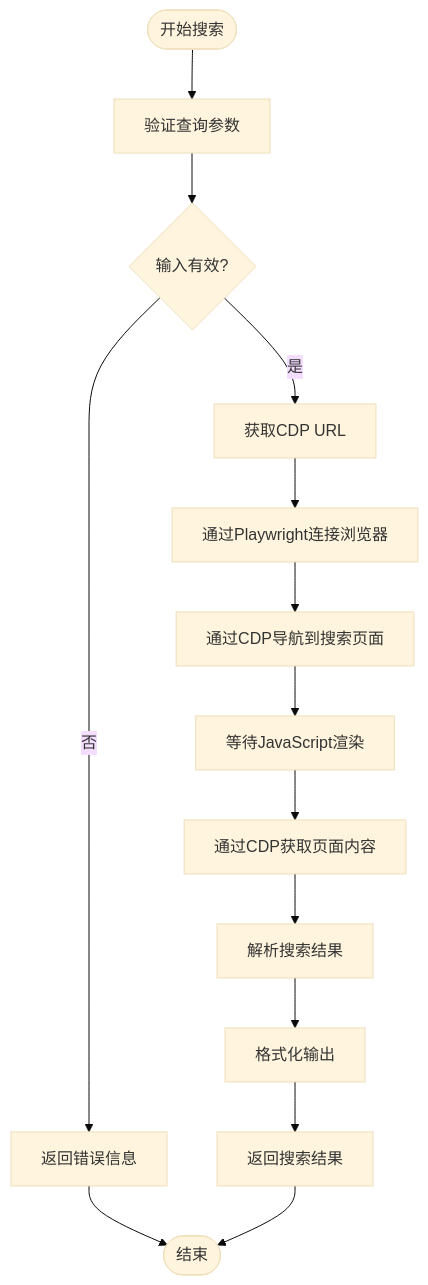
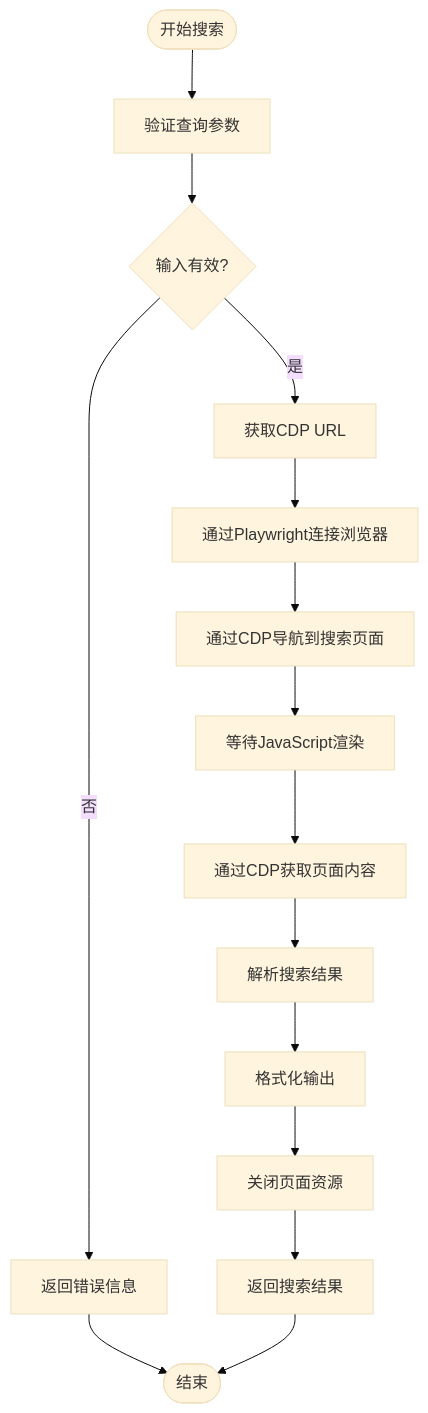
The sixth of 16 diagrams in .qoder/repowiki/zh/content/技能管理系统/技能开发指南/WebTools 网络工具技能.md (zhangdahai112/LocalManus), drawn with Mermaid (base theme) before and after one commit. The commit also changed other lines of this file and 7 other files, not shown here.

````diff
--- a/.qoder/repowiki/zh/content/技能管理系统/技能开发指南/WebTools 网络工具技能.md
+++ b/.qoder/repowiki/zh/content/技能管理系统/技能开发指南/WebTools 网络工具技能.md
@@ -303,16 +306,17 @@
 ```mermaid
 flowchart TD
 Start([开始搜索]) --> ValidateInput["验证查询参数"]
 ValidateInput --> InputValid{"输入有效?"}
 InputValid --> |否| ReturnError["返回错误信息"]
 InputValid --> |是| GetCDPURL["获取CDP URL"]
 GetCDPURL --> ConnectBrowser["通过Playwright连接浏览器"]
 ConnectBrowser --> NavigateBrowser["通过CDP导航到搜索页面"]
 NavigateBrowser --> WaitJS["等待JavaScript渲染"]
 WaitJS --> GetPageContent["通过CDP获取页面内容"]
 GetPageContent --> ParseResults["解析搜索结果"]
 ParseResults --> FormatOutput["格式化输出"]
-FormatOutput --> ReturnResults["返回搜索结果"]
+FormatOutput --> ClosePage["关闭页面资源"]
+ClosePage --> ReturnResults["返回搜索结果"]
 ReturnError --> End([结束])
 ReturnResults --> End
 ```
````
